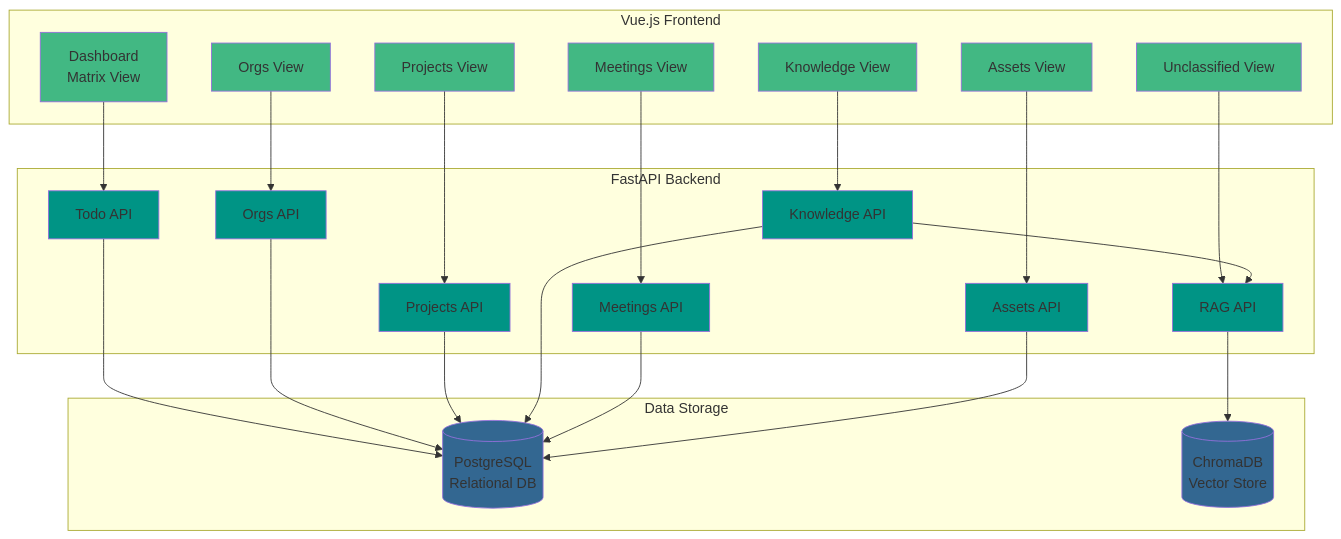
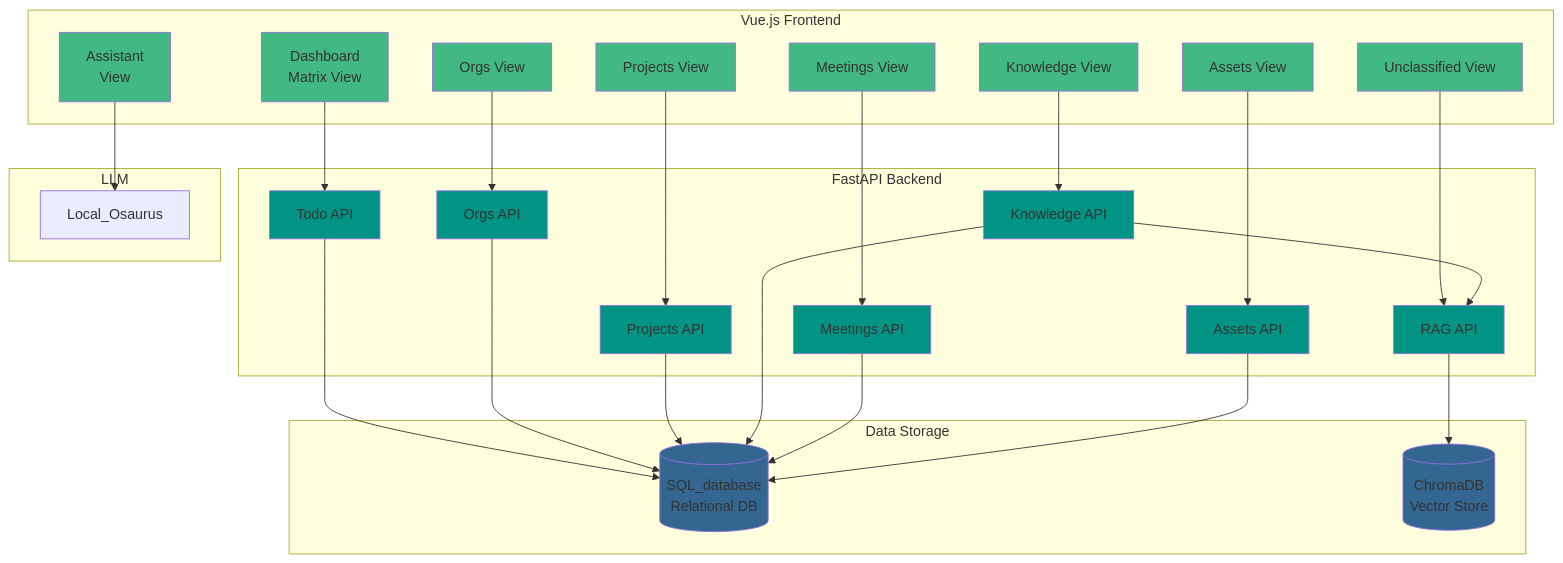
Before and after one commit to jbcodeforce/MyAIAssistant: the first of 3 diagrams in docs/implementation/index.md, drawn with Mermaid. The commit also changed other lines of this file and 13 other files, not shown here.

````diff
--- a/docs/implementation/index.md
+++ b/docs/implementation/index.md
@@ -8,61 +8,68 @@
 ```mermaid
 graph TB
     subgraph "Vue.js Frontend"
         Dashboard[Dashboard<br/>Matrix View]
+        AssistantView[Assistant<br/>View]
         OrgsView[Orgs View]
         ProjectsView[Projects View]
         KnowledgeView[Knowledge View]
         MeetingsView[Meetings View]
         AssetsView[Assets View]
         UnclassifiedView[Unclassified View]
     end
     
     subgraph "FastAPI Backend"
         TodoAPI[Todo API]
         OrgsAPI[Orgs API]
         ProjectsAPI[Projects API]
         KnowledgeAPI[Knowledge API]
         MeetingsAPI[Meetings API]
         AssetsAPI[Assets API]
         RAGAPI[RAG API]
     end
     
     subgraph "Data Storage"
-        PostgreSQL[(PostgreSQL<br/>Relational DB)]
+        SQL_database[(SQL_database<br/>Relational DB)]
         ChromaDB[(ChromaDB<br/>Vector Store)]
+    end
+
+    subgraph "LLM"
+        Local_Osaurus
     end
     
     Dashboard --> TodoAPI
     OrgsView --> OrgsAPI
+    AssistantView --> Local_Osaurus
     ProjectsView --> ProjectsAPI
     KnowledgeView --> KnowledgeAPI
     MeetingsView --> MeetingsAPI
     AssetsView --> AssetsAPI
     UnclassifiedView --> RAGAPI
     
-    TodoAPI --> PostgreSQL
-    OrgsAPI --> PostgreSQL
-    ProjectsAPI --> PostgreSQL
-    KnowledgeAPI --> PostgreSQL
-    MeetingsAPI --> PostgreSQL
-    AssetsAPI --> PostgreSQL
+    TodoAPI --> SQL_database
+    OrgsAPI --> SQL_database
+    ProjectsAPI --> SQL_database
+    KnowledgeAPI --> SQL_database
+    MeetingsAPI --> SQL_database
+    AssetsAPI --> SQL_database
     RAGAPI --> ChromaDB
     KnowledgeAPI --> RAGAPI
     
     style Dashboard fill:#42b883
+    style AssistantView fill:#42b883
     style OrgsView fill:#42b883
     style ProjectsView fill:#42b883
     style KnowledgeView fill:#42b883
     style MeetingsView fill:#42b883
     style AssetsView fill:#42b883
     style UnclassifiedView fill:#42b883
     style TodoAPI fill:#009485
     style OrgsAPI fill:#009485
     style ProjectsAPI fill:#009485
     style KnowledgeAPI fill:#009485
     style MeetingsAPI fill:#009485
     style AssetsAPI fill:#009485
     style RAGAPI fill:#009485
-    style PostgreSQL fill:#336791
+    style SQL_database fill:#336791
     style ChromaDB fill:#336791
 ```
````
